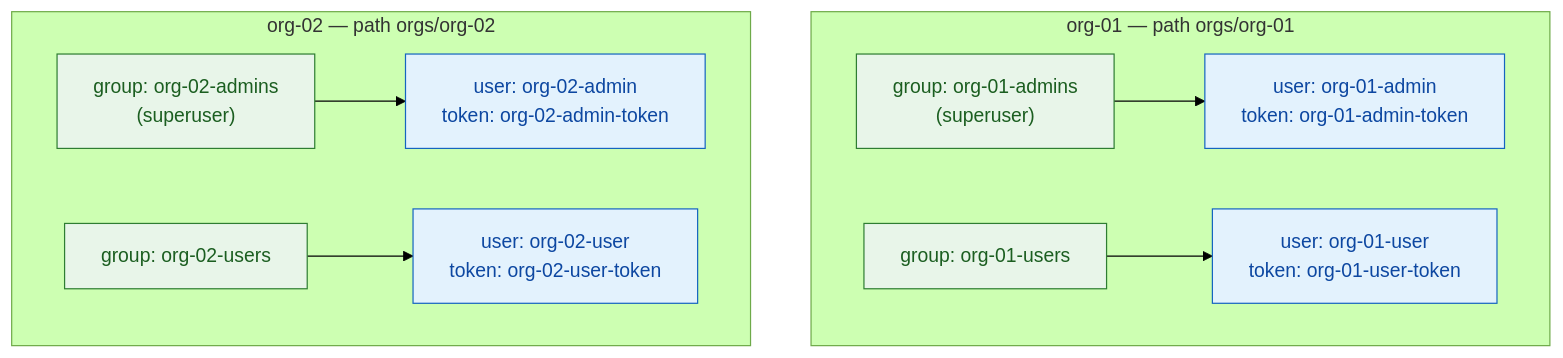
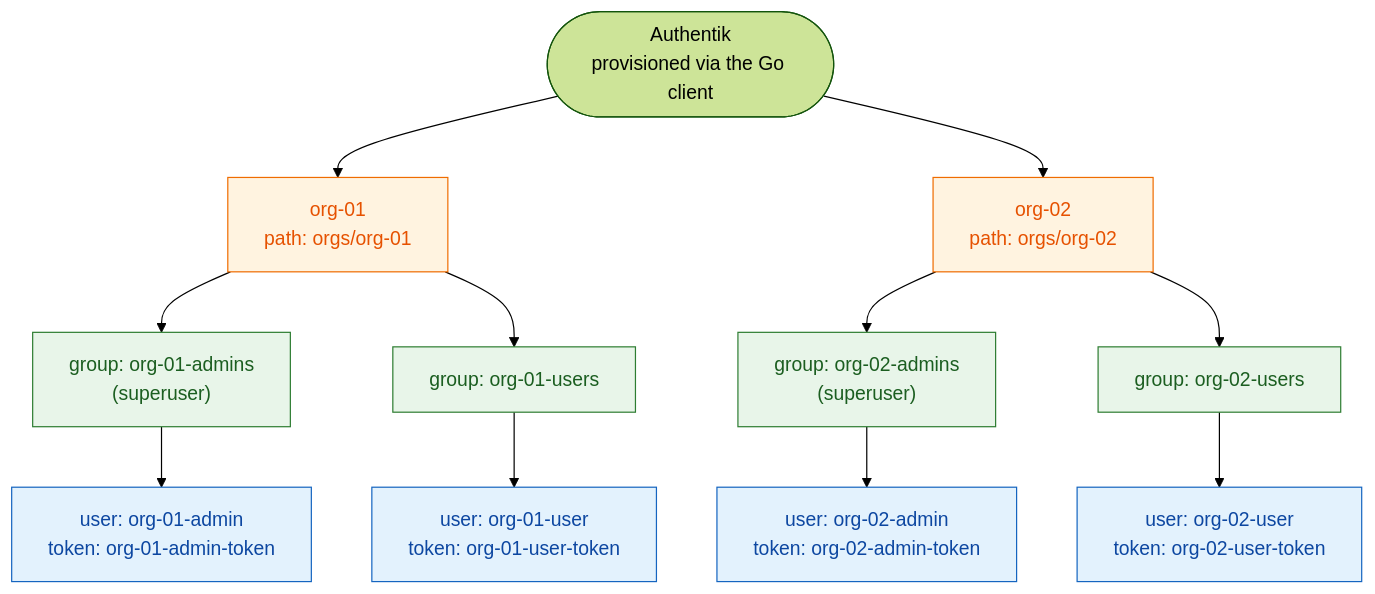
One commit to AndriyKalashnykov/authentik-k8s changed the second of 3 diagrams in README.md. Above: the diagram before and after it, drawn with Mermaid (forest theme). The commit also changed other lines of this file and 1 other file, not shown here.

Commit message:
docs: org hierarchy as an ordered tree (org-01 before org-02); refresh traefik spike to current versions (#40)
- README 'Running the POC': replace the side-by-side subgraph diagram (which
  dagre rendered org-02-first) with a root->org->group->user TREE. Edge order
  puts org-01 left of org-02 (verified via rendered-SVG node transforms:
  org-01 x=292 < org-02 x=910 at the same rank).
- docs/spikes/authentik-traefik-dns-records.md: research-verified currency pass
  (Traefik v3.7.5 + Authentik 2026.5): note trustForwardHeader deprecation
  (v3.6.14), the guide's Redis as obsolete on 2026.5, fix the §5 authorization-flow
  slug (default-provider-authorization-implicit-consent, not default-authentication-flow),
  and update two moved doc URLs.

````diff
--- a/README.md
+++ b/README.md
@@ -131,23 +131,20 @@
 ```mermaid
 flowchart TD
-    subgraph ORG1["org-01 — path orgs/org-01"]
-        G1A["group: org-01-admins<br/>(superuser)"]
-        G1U["group: org-01-users"]
-        U1A["user: org-01-admin<br/>token: org-01-admin-token"]
-        U1U["user: org-01-user<br/>token: org-01-user-token"]
-        G1A --> U1A
-        G1U --> U1U
-    end
-    subgraph ORG2["org-02 — path orgs/org-02"]
-        G2A["group: org-02-admins<br/>(superuser)"]
-        G2U["group: org-02-users"]
-        U2A["user: org-02-admin<br/>token: org-02-admin-token"]
-        U2U["user: org-02-user<br/>token: org-02-user-token"]
-        G2A --> U2A
-        G2U --> U2U
-    end
+    ROOT(["Authentik<br/>provisioned via the Go client"])
+    ROOT --> O1["org-01<br/>path: orgs/org-01"]
+    ROOT --> O2["org-02<br/>path: orgs/org-02"]
+    O1 --> O1A["group: org-01-admins<br/>(superuser)"]
+    O1 --> O1U["group: org-01-users"]
+    O1A --> O1AU["user: org-01-admin<br/>token: org-01-admin-token"]
+    O1U --> O1UU["user: org-01-user<br/>token: org-01-user-token"]
+    O2 --> O2A["group: org-02-admins<br/>(superuser)"]
+    O2 --> O2U["group: org-02-users"]
+    O2A --> O2AU["user: org-02-admin<br/>token: org-02-admin-token"]
+    O2U --> O2UU["user: org-02-user<br/>token: org-02-user-token"]
+    classDef org fill:#fff3e0,stroke:#ef6c00,color:#e65100;
     classDef grp fill:#e8f5e9,stroke:#2e7d32,color:#1b5e20;
     classDef usr fill:#e3f2fd,stroke:#1565c0,color:#0d47a1;
-    class G1A,G1U,G2A,G2U grp;
-    class U1A,U1U,U2A,U2U usr;
+    class O1,O2 org;
+    class O1A,O1U,O2A,O2U grp;
+    class O1AU,O1UU,O2AU,O2UU usr;
 ```
````
